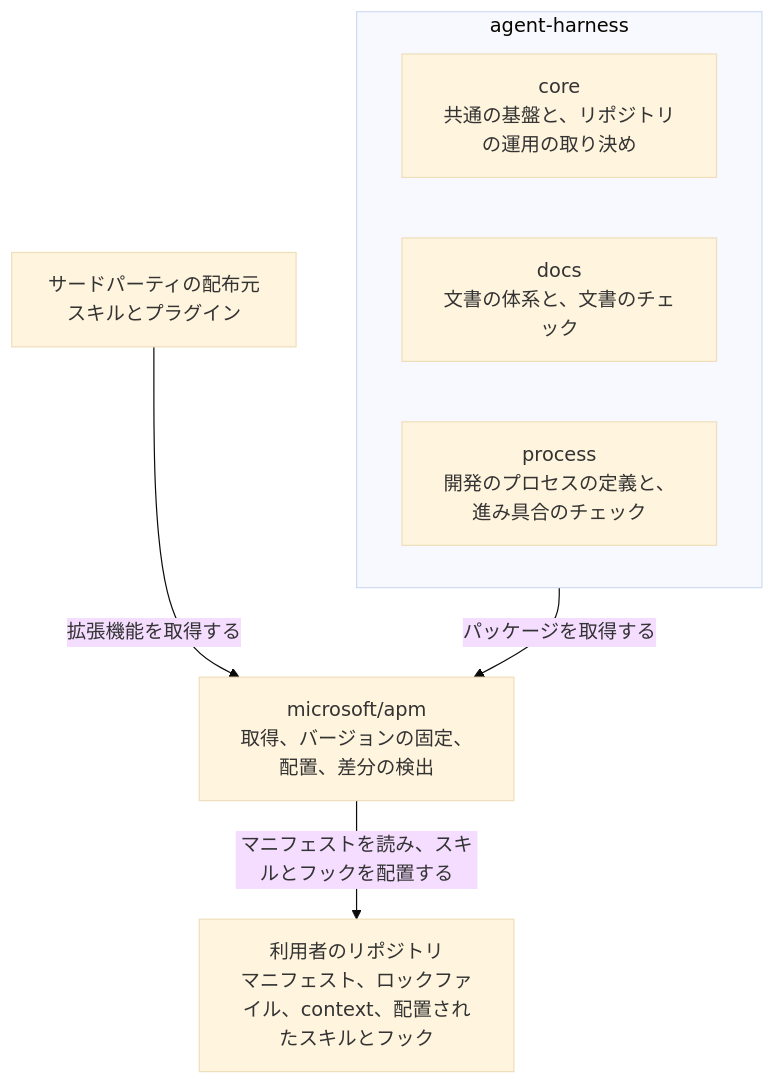
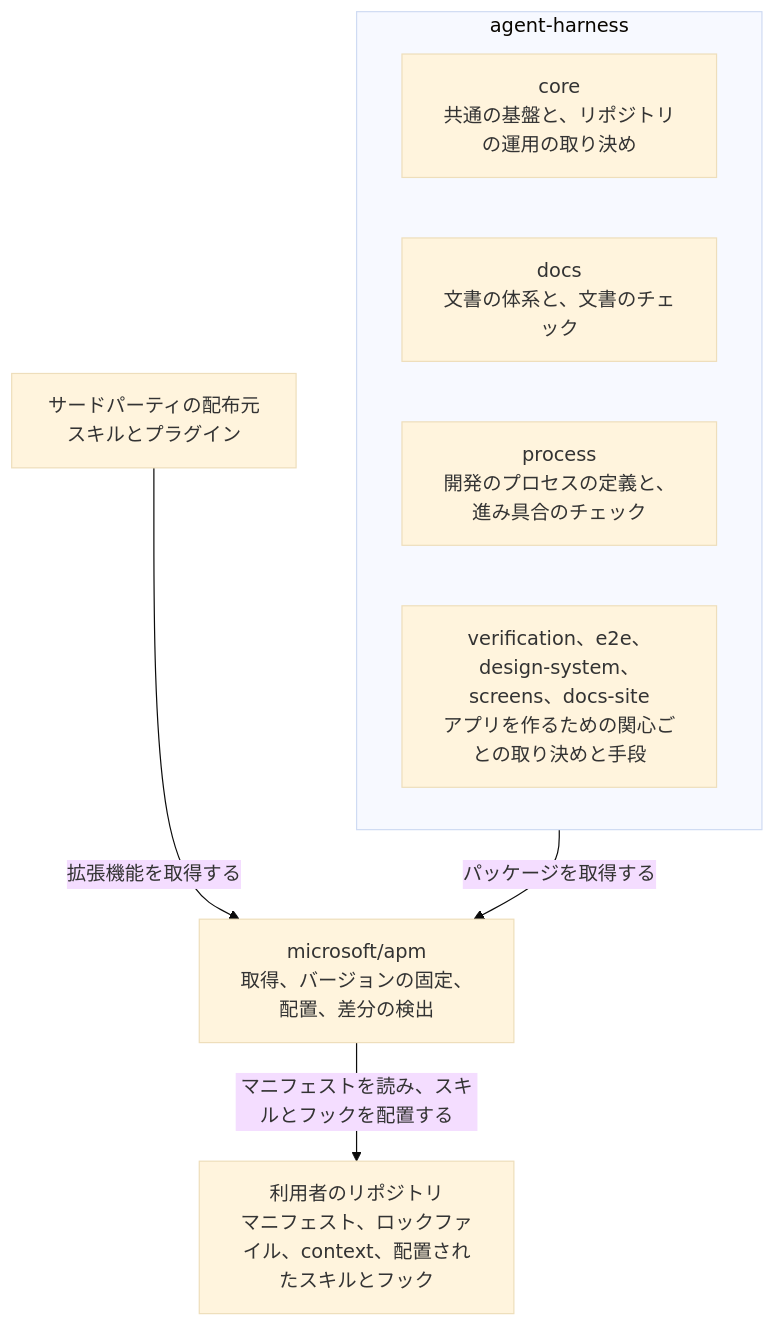
The diagram in design/DesignDoc.md (Fukuemon/agent-harness), drawn with Mermaid (base theme) before and after one commit. The commit also changed other lines of this file and 8 other files, not shown here.

````diff
--- a/design/DesignDoc.md
+++ b/design/DesignDoc.md
@@ -61,16 +61,17 @@
 ```mermaid
 flowchart TB
     subgraph AH["agent-harness"]
         direction LR
         core["core<br/>共通の基盤と、リポジトリの運用の取り決め"]
         docs["docs<br/>文書の体系と、文書のチェック"]
         process["process<br/>開発のプロセスの定義と、進み具合のチェック"]
+        concerns["verification、e2e、design-system、screens、docs-site<br/>アプリを作るための関心ごとの取り決めと手段"]
     end
     third["サードパーティの配布元<br/>スキルとプラグイン"]
     apm["microsoft/apm<br/>取得、バージョンの固定、配置、差分の検出"]
     repo["利用者のリポジトリ<br/>マニフェスト、ロックファイル、context、配置されたスキルとフック"]
 
     AH -- "パッケージを取得する" --> apm
     third -- "拡張機能を取得する" --> apm
     apm -- "マニフェストを読み、スキルとフックを配置する" --> repo
 ```
````
